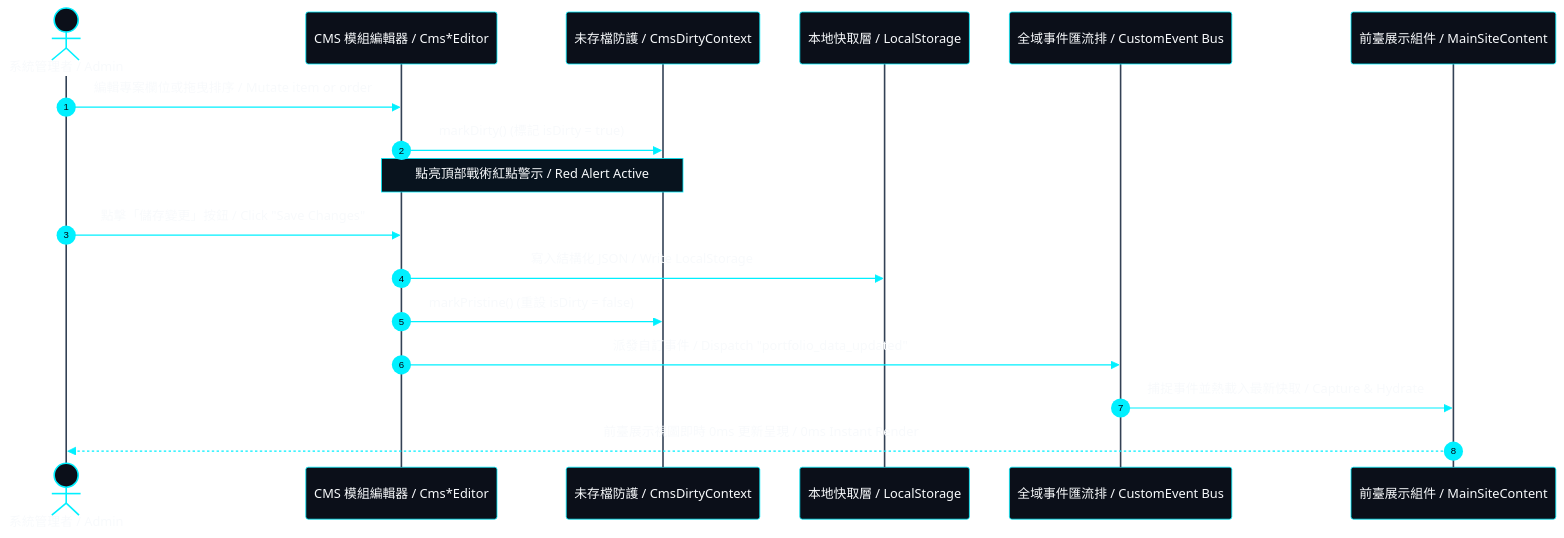
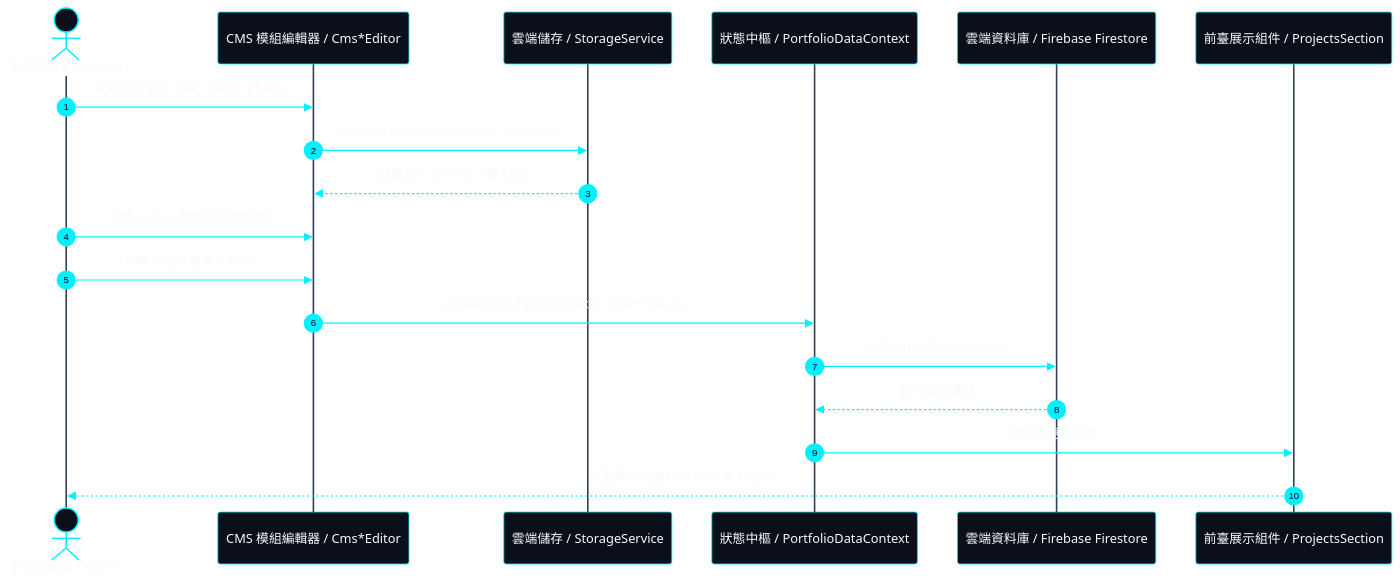
Before and after one commit to EricXJason/my-portfolio-website: the third of 3 diagrams in README.md, drawn with Mermaid. The commit also changed other lines of this file and 29 other files, not shown here.

Commit message:
feat(cms): 重構 CMS 與前臺雙向連動機制，支援 Storage 雲端直傳與 RWD 時間線優化

````diff
--- a/README.md
+++ b/README.md
@@ -181,40 +179,40 @@
 ```mermaid
 %%{init: {
   'theme': 'base',
   'themeVariables': {
     'darkMode': true,
     'background': '#030712',
     'actorBkg': '#0b0f19',
     'actorBorder': '#00f0ff',
     'actorTextColor': '#f8fafc',
     'actorLineColor': '#334155',
     'signalColor': '#00f0ff',
     'signalTextColor': '#f8fafc',
     'labelBoxBkgColor': '#0b0f19',
     'labelBoxBorderColor': '#334155',
     'labelTextColor': '#f8fafc',
     'noteBorderColor': '#00f0ff',
     'noteBkgColor': '#08131e',
     'noteTextColor': '#f8fafc'
   }
 }}%%
 sequenceDiagram
     autonumber
     actor Admin as 系統管理者 / Admin
     participant CMS as CMS 模組編輯器 / Cms*Editor
-    participant DirtyCtx as 未存檔防護 / CmsDirtyContext
-    participant Cache as 本地快取層 / LocalStorage
-    participant Bus as 全域事件匯流排 / CustomEvent Bus
-    participant View as 前臺展示組件 / MainSiteContent
+    participant Storage as 雲端儲存 / StorageService
+    participant Context as 狀態中樞 / PortfolioDataContext
+    participant Firestore as 雲端資料庫 / Firebase Firestore
+    participant View as 前臺展示組件 / ProjectsSection
 
-    Admin->>CMS: 編輯專案欄位或拖曳排序 / Mutate item or order
-    CMS->>DirtyCtx: markDirty() (標記 isDirty = true)
-    Note over DirtyCtx,CMS: 點亮頂部戰術紅點警示 / Red Alert Active
-    
-    Admin->>CMS: 點擊「儲存變更」按鈕 / Click "Save Changes"
-    CMS->>Cache: 寫入結構化 JSON / Write LocalStorage
-    CMS->>DirtyCtx: markPristine() (重設 isDirty = false)
-    CMS->>Bus: 派發自訂事件 / Dispatch "portfolio_data_updated"
-    Bus->>View: 捕捉事件並熱載入最新快取 / Capture & Hydrate
-    View-->>Admin: 前臺展示視圖即時 0ms 更新呈現 / 0ms Instant Render
+    Admin->>CMS: 選取封面圖片上傳 / Select Image
+    CMS->>Storage: uploadPortfolioImage(file, 'projects')
+    Storage-->>CMS: 回傳永久 HTTPS 下載 URL
+    Admin->>CMS: 切換 visible 開關與編輯說明
+    Admin->>CMS: 點擊「儲存變更」按鈕
+    CMS->>Context: updateDocument('projects', newProjects)
+    Context->>Firestore: setDoc(docRef, payload)
+    Firestore-->>Context: 寫入成功確認
+    Context->>View: 狀態熱更新派發
+    View-->>Admin: 前臺展示視圖即時 0ms 更新呈現
 ```
````
